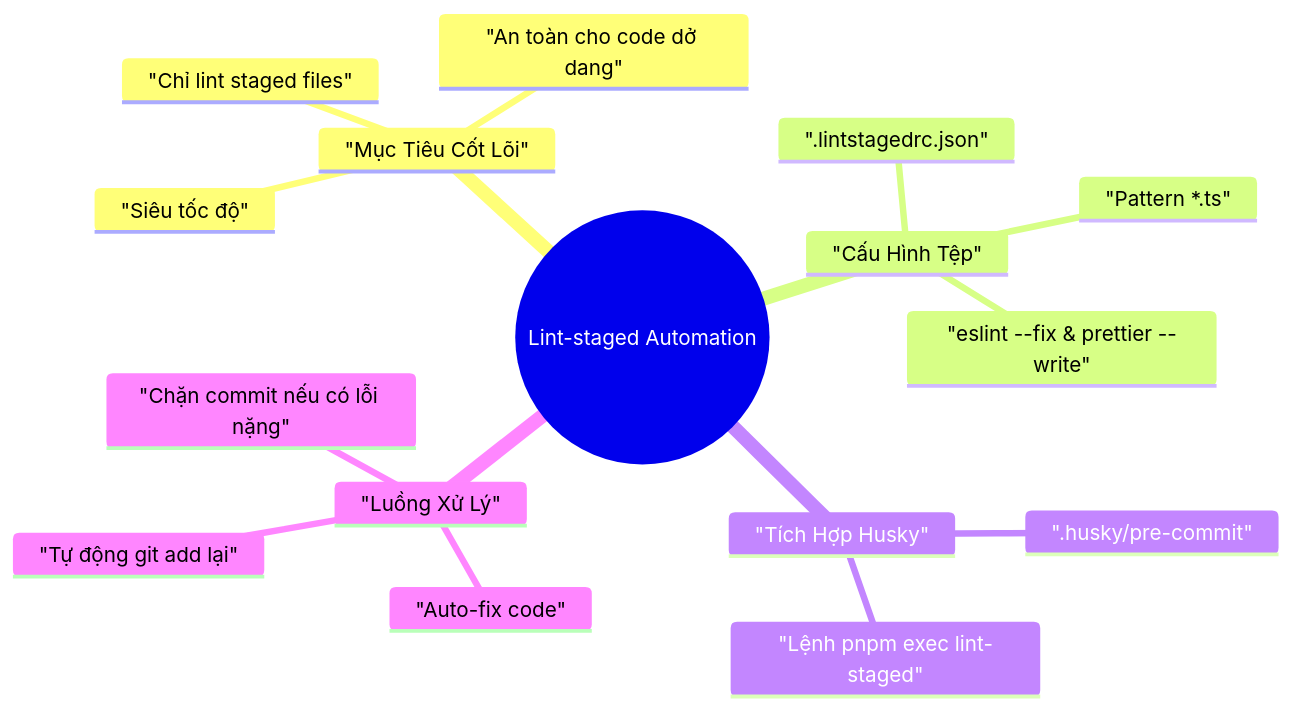
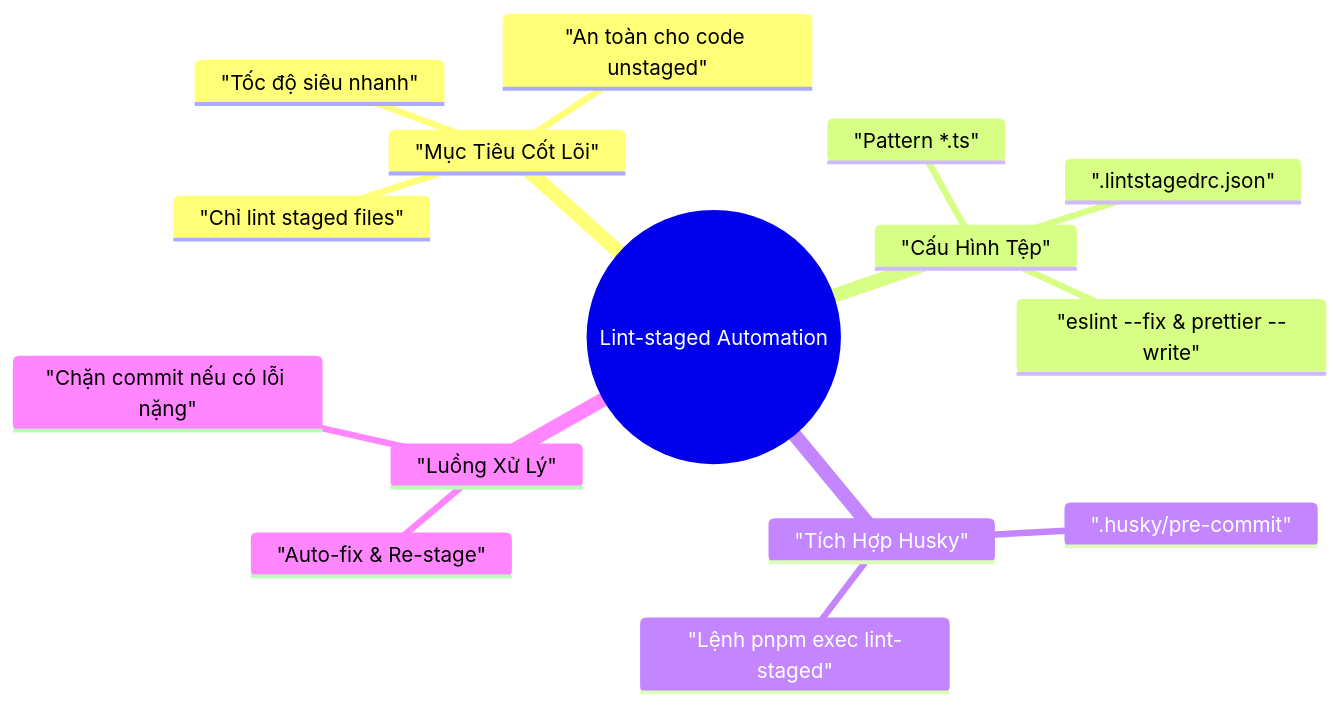
Before and after one commit to thanhmati/nestjs-basic-course: the diagram in docs/modules/module-01/lesson-1.7/lesson-1.7.md, drawn with Mermaid. The commit also changed other lines of this file, not shown here.

````diff
--- a/docs/modules/module-01/lesson-1.7/lesson-1.7.md
+++ b/docs/modules/module-01/lesson-1.7/lesson-1.7.md
@@ -243,19 +196,18 @@
 ```mermaid
 mindmap
   root(("Lint-staged Automation"))
     "Mục Tiêu Cốt Lõi"
       "Chỉ lint staged files"
-      "Siêu tốc độ"
-      "An toàn cho code dở dang"
+      "Tốc độ siêu nhanh"
+      "An toàn cho code unstaged"
     "Cấu Hình Tệp"
       ".lintstagedrc.json"
       "Pattern *.ts"
       "eslint --fix & prettier --write"
     "Tích Hợp Husky"
       ".husky/pre-commit"
       "Lệnh pnpm exec lint-staged"
     "Luồng Xử Lý"
-      "Auto-fix code"
-      "Tự động git add lại"
+      "Auto-fix & Re-stage"
       "Chặn commit nếu có lỗi nặng"
 ```
````
